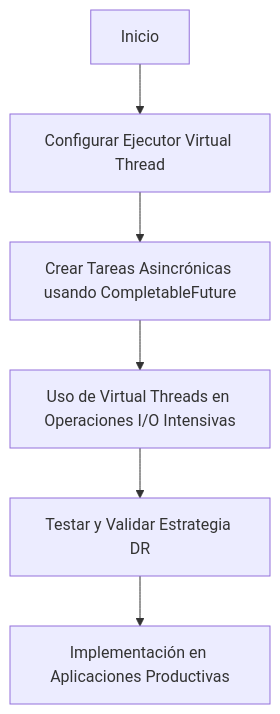
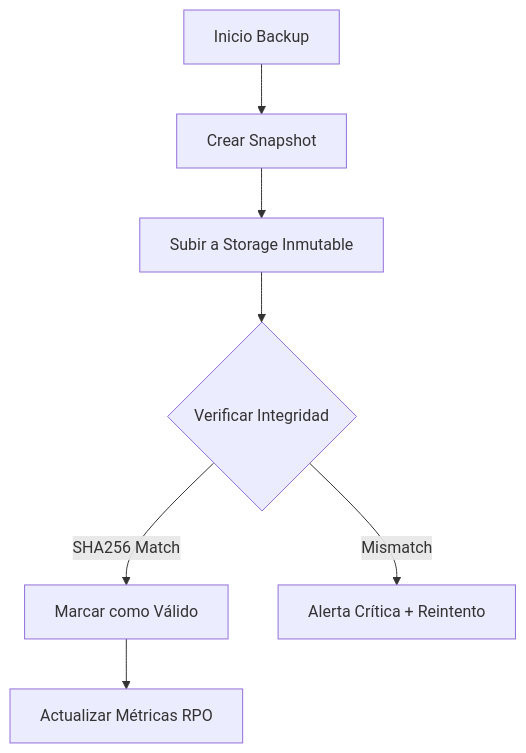
One commit to Joaquinriosheredia/DAM-Java-Mastery changed the third of 7 diagrams in _Review/disaster_recovery_rpo_rto_y_backup_strategy/disaster_recovery_rpo_rto_y_backup_strategy.md. Above: the diagram before and after it, drawn with Mermaid. The commit also changed other lines of this file, not shown here.

First line of the commit message:
Revise disaster recovery RPO, RTO, and backup strategy

````diff
--- a/_Review/disaster_recovery_rpo_rto_y_backup_strategy/disaster_recovery_rpo_rto_y_backup_strategy.md
+++ b/_Review/disaster_recovery_rpo_rto_y_backup_strategy/disaster_recovery_rpo_rto_y_backup_strategy.md
@@ -364,9 +137,9 @@
 ```mermaid
 graph TD
-    A[Inicio] --> B[Configurar Ejecutor Virtual Thread]
-    B --> C[Crear Tareas Asincrónicas usando CompletableFuture]
-    C --> D[Uso de Virtual Threads en Operaciones I/O Intensivas]
-    D --> E[Testar y Validar Estrategia DR]
-    E --> F[Implementación en Aplicaciones Productivas]
-
+    A[Inicio Backup] --> B[Crear Snapshot]
+    B --> C[Subir a Storage Inmutable]
+    C --> D{Verificar Integridad}
+    D -- SHA256 Match --> E[Marcar como Válido]
+    D -- Mismatch --> F[Alerta Crítica + Reintento]
+    E --> G[Actualizar Métricas RPO]
 ```
````
